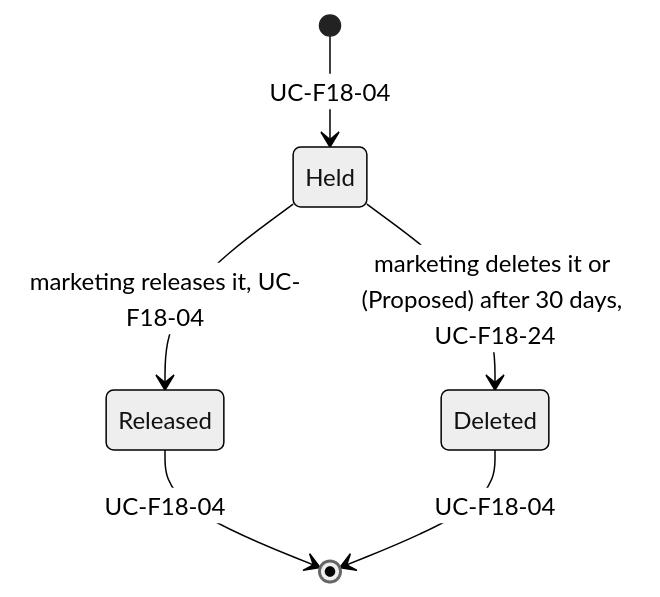
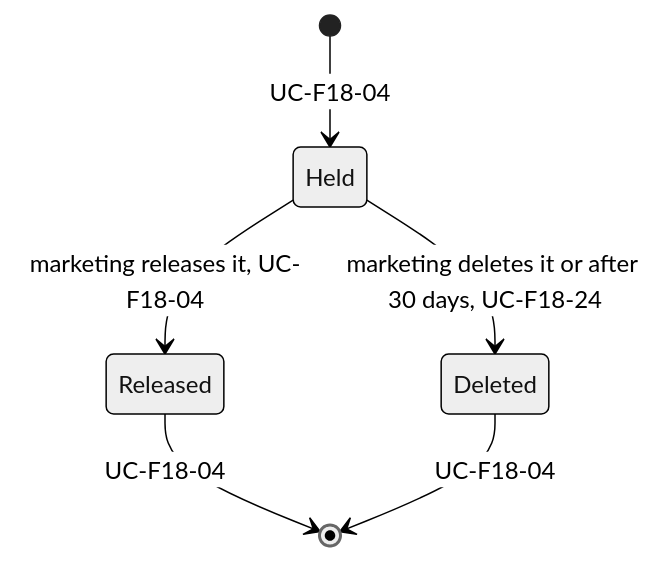
One commit to gpbcom/SimpleERP changed the second of 2 diagrams in docs/specs/02-functional/f18-hosted-websites-and-domains/data/e-f18-16-spam-hold.md. Above: the diagram before and after it, drawn with Mermaid (neutral theme). The commit also changed other lines of this file and 8816 other files, not shown here.

````diff
--- a/docs/specs/02-functional/f18-hosted-websites-and-domains/data/e-f18-16-spam-hold.md
+++ b/docs/specs/02-functional/f18-hosted-websites-and-domains/data/e-f18-16-spam-hold.md
@@ -32,8 +32,8 @@
 ```mermaid
 stateDiagram-v2
   [*] --> Held : UC-F18-04
   Held --> Released : marketing releases it, UC-F18-04
-  Held --> Deleted : marketing deletes it or (Proposed) after 30 days, UC-F18-24
+  Held --> Deleted : marketing deletes it or after 30 days, UC-F18-24
   Released --> [*] : UC-F18-04
   Deleted --> [*] : UC-F18-04
 ```
````
